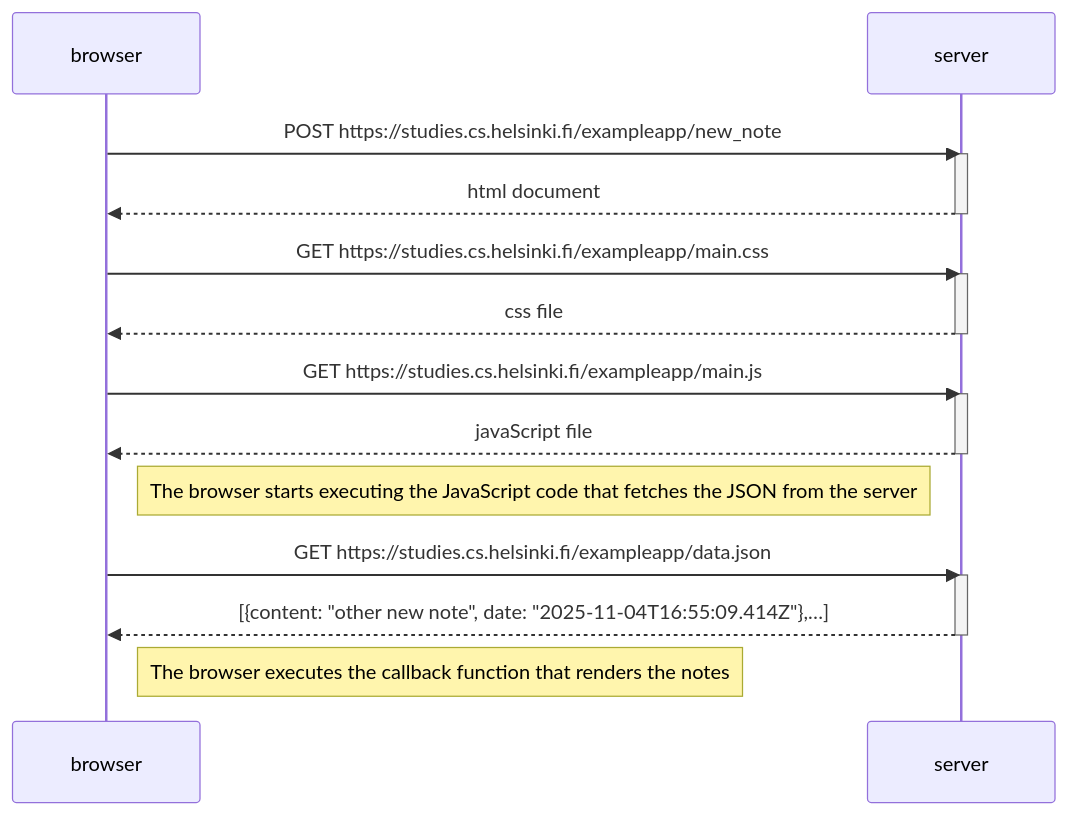
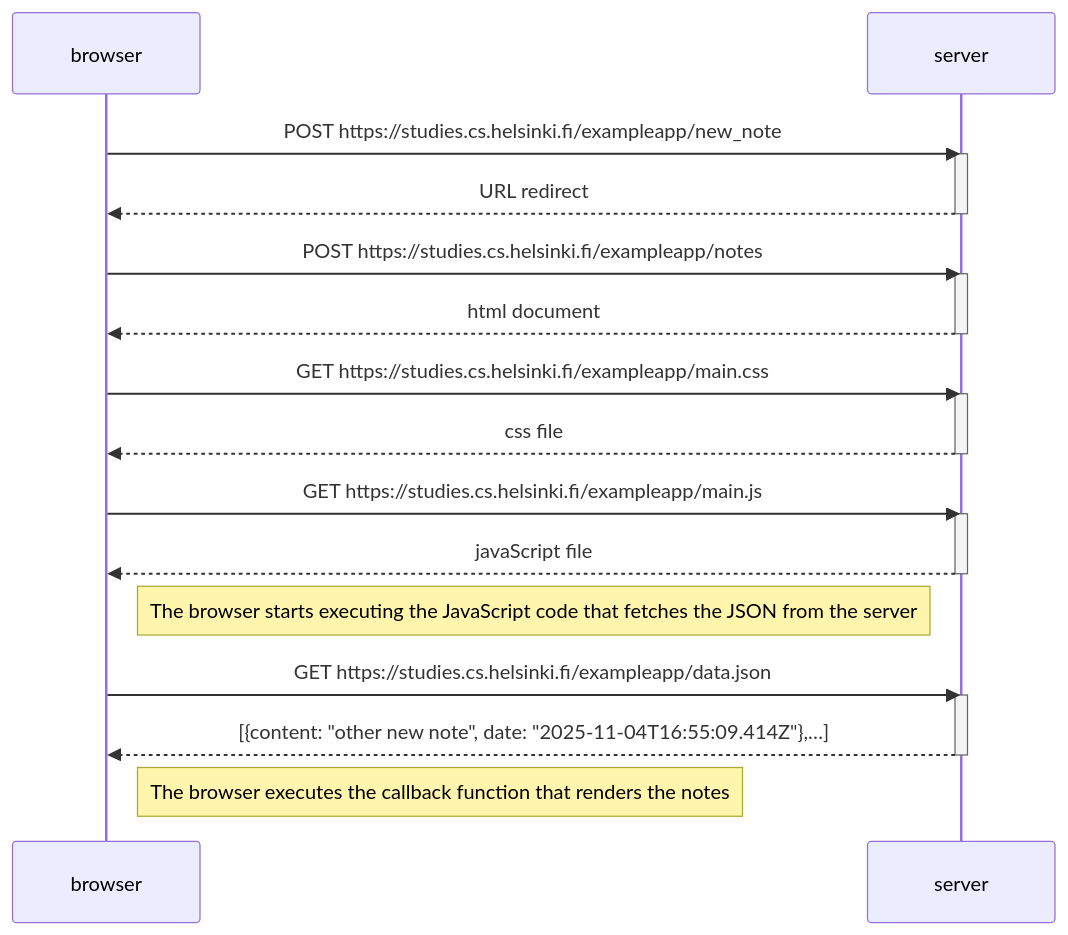
One commit to filippivarci/fullstackopen changed the diagram in part0/04_new_note_diagram.md. Above: the diagram before and after it, drawn with Mermaid.

Commit message:
add url redirect

````diff
--- a/part0/04_new_note_diagram.md
+++ b/part0/04_new_note_diagram.md
@@ -1,29 +1,34 @@
 ```mermaid
 sequenceDiagram
     participant browser
     participant server
 
     browser->>server: POST https://studies.cs.helsinki.fi/exampleapp/new_note
+    activate server
+    server-->>browser: URL redirect
+    deactivate server
+
+    browser->>server: POST https://studies.cs.helsinki.fi/exampleapp/notes
     activate server
     server-->>browser: html document
     deactivate server
 
     browser->>server: GET https://studies.cs.helsinki.fi/exampleapp/main.css
     activate server
     server-->>browser: css file
     deactivate server
 
     browser->>server: GET https://studies.cs.helsinki.fi/exampleapp/main.js
     activate server
     server-->>browser: javaScript file
     deactivate server
 
     Note right of browser: The browser starts executing the JavaScript code that fetches the JSON from the server
 
     browser->>server: GET https://studies.cs.helsinki.fi/exampleapp/data.json
     activate server
     server-->>browser: [{content: "other new note", date: "2025-11-04T16:55:09.414Z"},…]
     deactivate server
 
     Note right of browser: The browser executes the callback function that renders the notes
 ```
````
